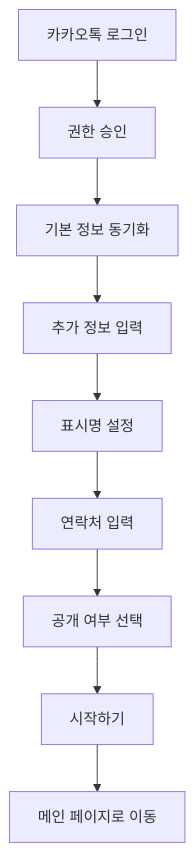
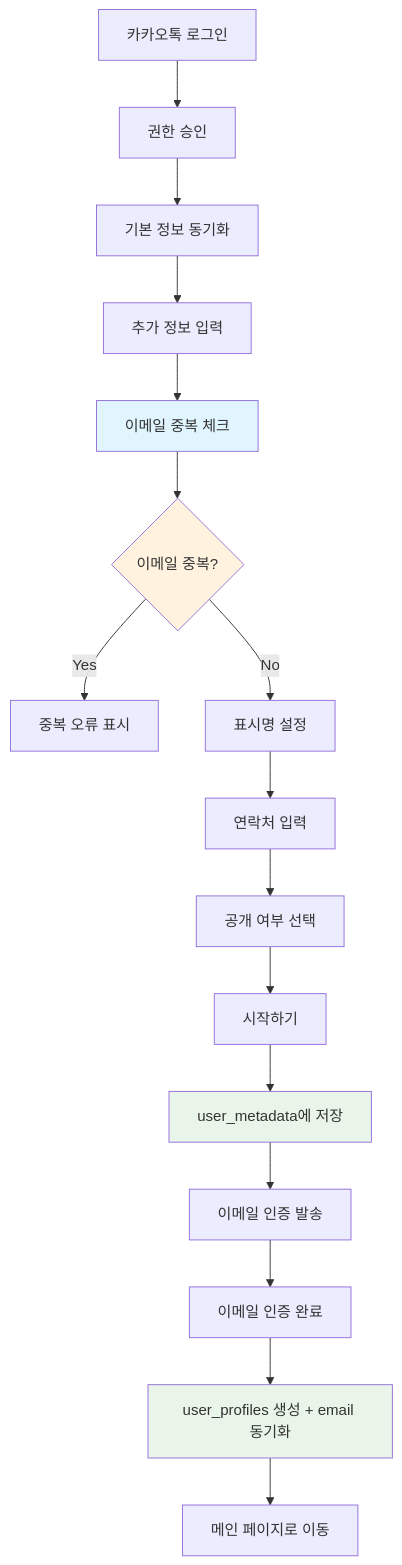
Before and after one commit to cheesepizza453/move_togaether: the fifth of 7 diagrams in docs/references/prd_document.md, drawn with Mermaid. The commit also changed other lines of this file and 8 other files, not shown here.

Commit message:
이메일 중복 체크 시스템 개선: user_profiles 테이블에 email 컬럼 추가 및 중복 체크 API 개선. 회원가입 플로우에서 이메일 중복 체크 기능 구현, 실시간 검증 및 사용자 경험 향상. 닉네임 중복 체크 정책 추가.

````diff
--- a/docs/references/prd_document.md
+++ b/docs/references/prd_document.md
@@ -759,11 +767,23 @@
 ```mermaid
 flowchart TD
     A[카카오톡 로그인] --> B[권한 승인]
     B --> C[기본 정보 동기화]
     C --> D[추가 정보 입력]
-    D --> E[표시명 설정]
-    E --> F[연락처 입력]
-    F --> G[공개 여부 선택]
-    G --> H[시작하기]
-    H --> I[메인 페이지로 이동]
+    D --> E[이메일 중복 체크]
+    E --> F{이메일 중복?}
+    F -->|Yes| G[중복 오류 표시]
+    F -->|No| H[표시명 설정]
+    H --> I[연락처 입력]
+    I --> J[공개 여부 선택]
+    J --> K[시작하기]
+    K --> L[user_metadata에 저장]
+    L --> M[이메일 인증 발송]
+    M --> N[이메일 인증 완료]
+    N --> O[user_profiles 생성 + email 동기화]
+    O --> P[메인 페이지로 이동]
+
+    style E fill:#e1f5fe
+    style F fill:#fff3e0
+    style L fill:#e8f5e8
+    style O fill:#e8f5e8
 ```
````
